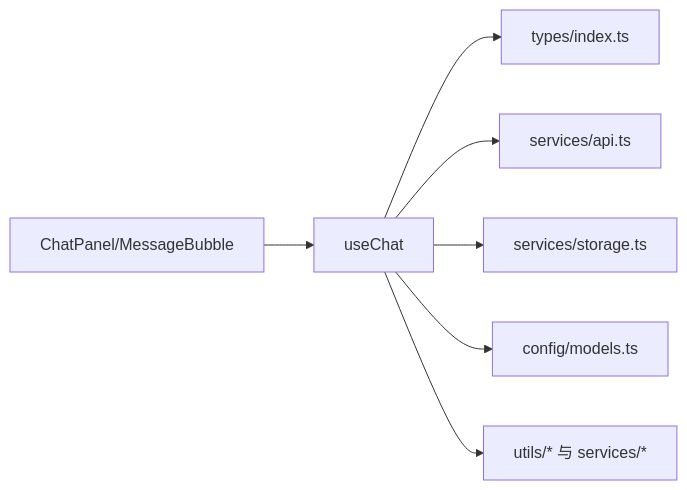
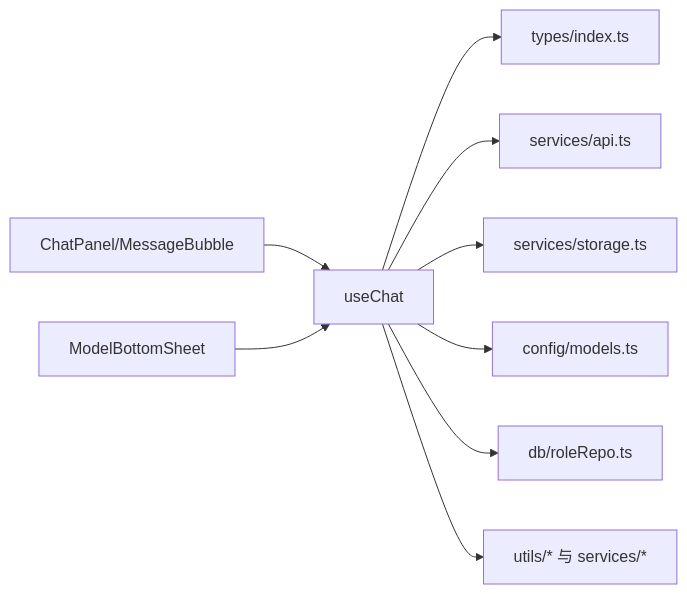
Before and after one commit to billye220670/AIShop: the sixth of 6 diagrams in .qoder/repowiki/zh/content/聊天模块/聊天状态管理 Hook.md, drawn with Mermaid. The commit also changed other lines of this file and 32 other files, not shown here.

````diff
--- a/.qoder/repowiki/zh/content/聊天模块/聊天状态管理 Hook.md
+++ b/.qoder/repowiki/zh/content/聊天模块/聊天状态管理 Hook.md
@@ -263,9 +322,11 @@
 ```mermaid
 graph LR
 Hook["useChat"] --> Types["types/index.ts"]
 Hook --> API["services/api.ts"]
 Hook --> Storage["services/storage.ts"]
 Hook --> Models["config/models.ts"]
+Hook --> Roles["db/roleRepo.ts"]
 Hook --> Utils["utils/* 与 services/*"]
 UI["ChatPanel/MessageBubble"] --> Hook
+RoleSelector["ModelBottomSheet"] --> Hook
 ```
````
